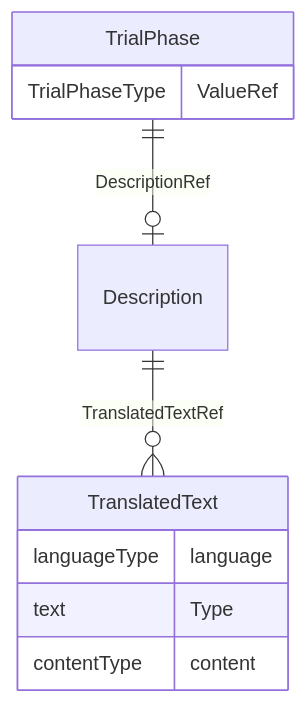
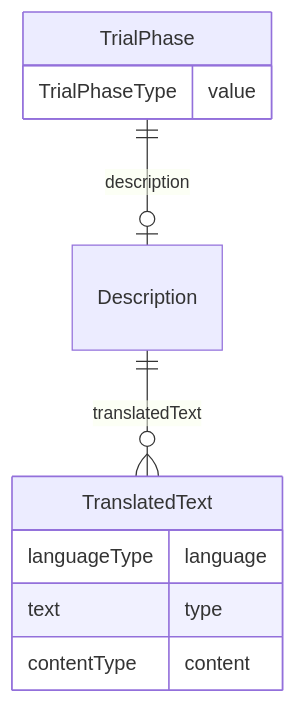
One commit to cdisc-org/DataExchange-ODM-LinkML changed the diagram in docs/TrialPhase.md. Above: the diagram before and after it, drawn with Mermaid. The commit also changed other lines of this file and 759 other files, not shown here.

````diff
--- a/docs/TrialPhase.md
+++ b/docs/TrialPhase.md
@@ -11,18 +11,18 @@
 ```mermaid
 erDiagram
 TrialPhase {
-    TrialPhaseType ValueRef  
+    TrialPhaseType value  
 }
 Description {
 
 }
 TranslatedText {
     languageType language  
-    text Type  
+    text type  
     contentType content  
 }
 
-TrialPhase ||--|o Description : "DescriptionRef"
-Description ||--}o TranslatedText : "TranslatedTextRef"
+TrialPhase ||--|o Description : "description"
+Description ||--}o TranslatedText : "translatedText"
 
 ```
````
